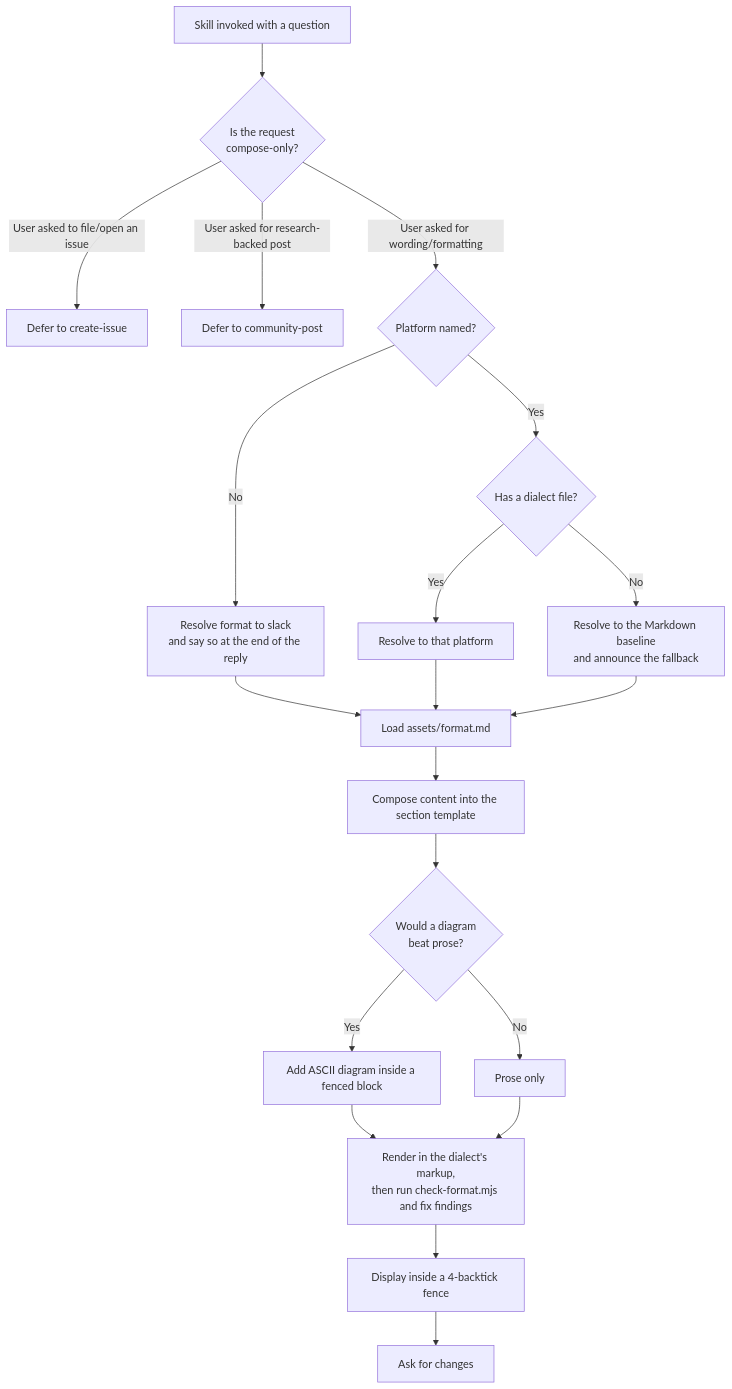
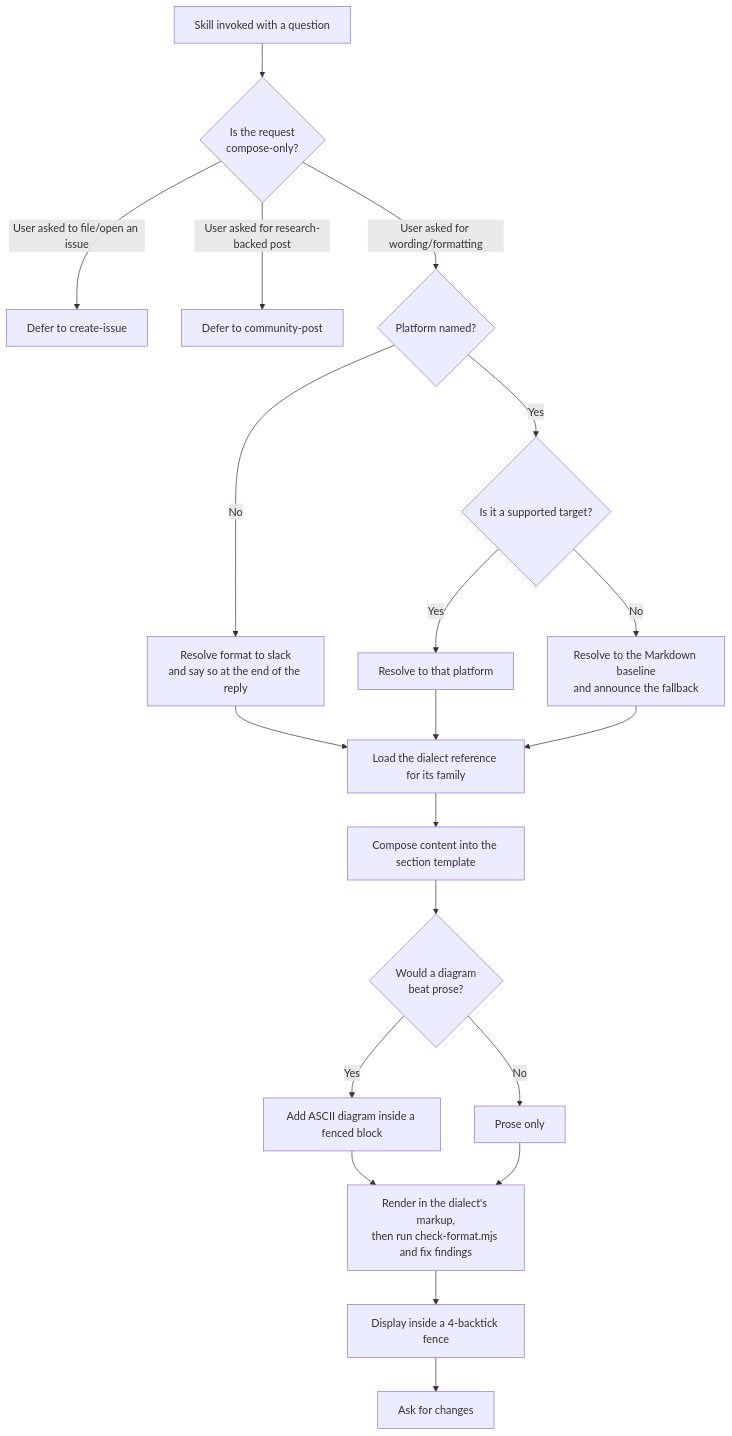
The first of 2 diagrams in .agents/spec/agent-skills/to-question/README.md (repobuddy/repobuddy), drawn with Mermaid before and after one commit. The commit also changed other lines of this file and 9 other files, not shown here.

````diff
--- a/.agents/spec/agent-skills/to-question/README.md
+++ b/.agents/spec/agent-skills/to-question/README.md
@@ -134,22 +166,22 @@
 ```mermaid
 graph TD
     A[Skill invoked with a question] --> B{Is the request<br/>compose-only?}
     B -->|User asked to file/open an issue| C[Defer to create-issue]
     B -->|User asked for research-backed post| D[Defer to community-post]
     B -->|User asked for wording/formatting| E{Platform named?}
     E -->|No| F[Resolve format to slack<br/>and say so at the end of the reply]
-    E -->|Yes| G{Has a dialect file?}
+    E -->|Yes| G{Is it a supported target?}
     G -->|Yes| G1[Resolve to that platform]
     G -->|No| G2[Resolve to the Markdown baseline<br/>and announce the fallback]
-    F --> H[Load assets/format.md]
+    F --> H[Load the dialect reference for its family]
     G1 --> H
     G2 --> H
     H --> I[Compose content into the section template]
     I --> J{Would a diagram<br/>beat prose?}
     J -->|Yes| K[Add ASCII diagram inside a fenced block]
     J -->|No| L[Prose only]
     K --> M[Render in the dialect's markup,<br/>then run check-format.mjs and fix findings]
     L --> M
     M --> N[Display inside a 4-backtick fence]
     N --> O[Ask for changes]
 ```
````
